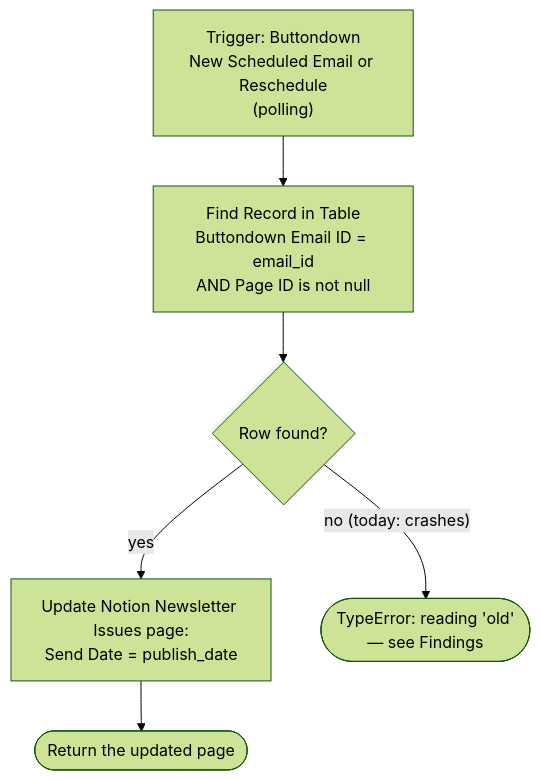
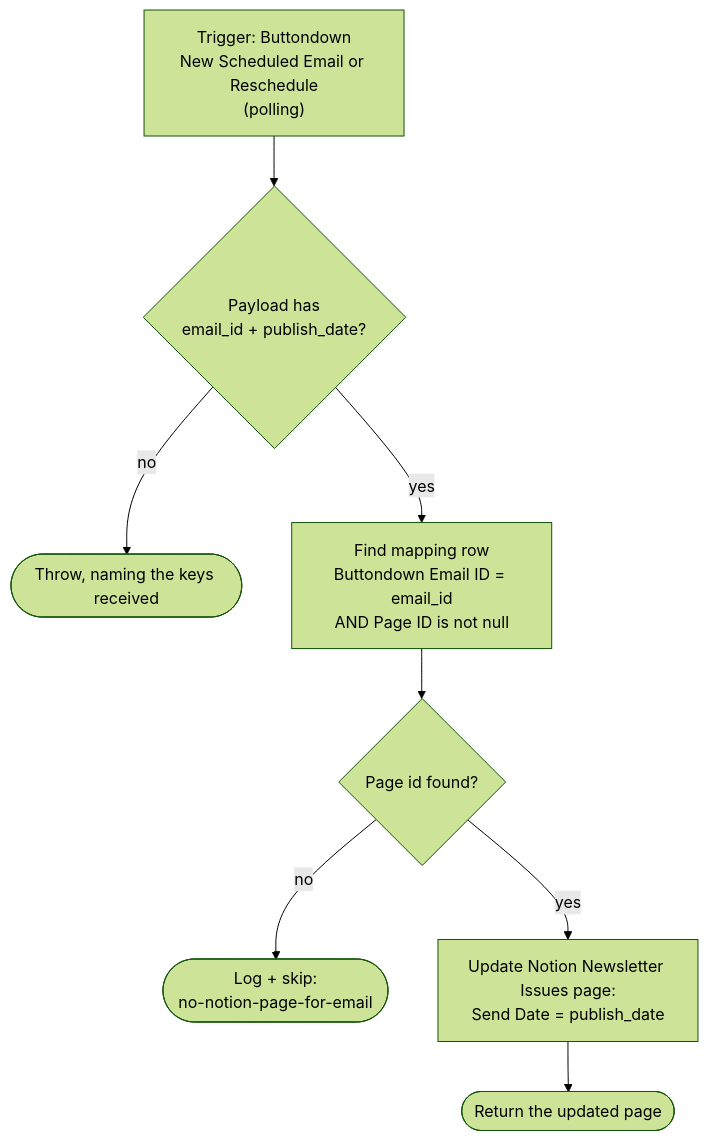
Before and after one commit to work-flowers/zapier-sdk: the diagram in update-notion-when-rescheduled-in-buttondown/README.md, drawn with Mermaid (forest theme). The commit also changed other lines of this file and 3 other files, not shown here.

````diff
--- a/update-notion-when-rescheduled-in-buttondown/README.md
+++ b/update-notion-when-rescheduled-in-buttondown/README.md
@@ -26,8 +26,10 @@
 ```mermaid
 flowchart TD
-    A["Trigger: Buttondown<br/>New Scheduled Email or Reschedule<br/>(polling)"] --> B["Find Record in Table<br/>Buttondown Email ID = email_id<br/>AND Page ID is not null"]
-    B --> C{"Row found?"}
-    C -- yes --> D["Update Notion Newsletter Issues page:<br/>Send Date = publish_date"]
-    D --> E(["Return the updated page"])
-    C -- "no (today: crashes)" --> F(["TypeError: reading 'old'<br/>— see Findings"])
+    A["Trigger: Buttondown<br/>New Scheduled Email or Reschedule<br/>(polling)"] --> B{"Payload has<br/>email_id + publish_date?"}
+    B -- no --> C(["Throw, naming the keys received"])
+    B -- yes --> D["Find mapping row<br/>Buttondown Email ID = email_id<br/>AND Page ID is not null"]
+    D --> E{"Page id found?"}
+    E -- no --> F(["Log + skip:<br/>no-notion-page-for-email"])
+    E -- yes --> G["Update Notion Newsletter Issues page:<br/>Send Date = publish_date"]
+    G --> H(["Return the updated page"])
 ```
````
